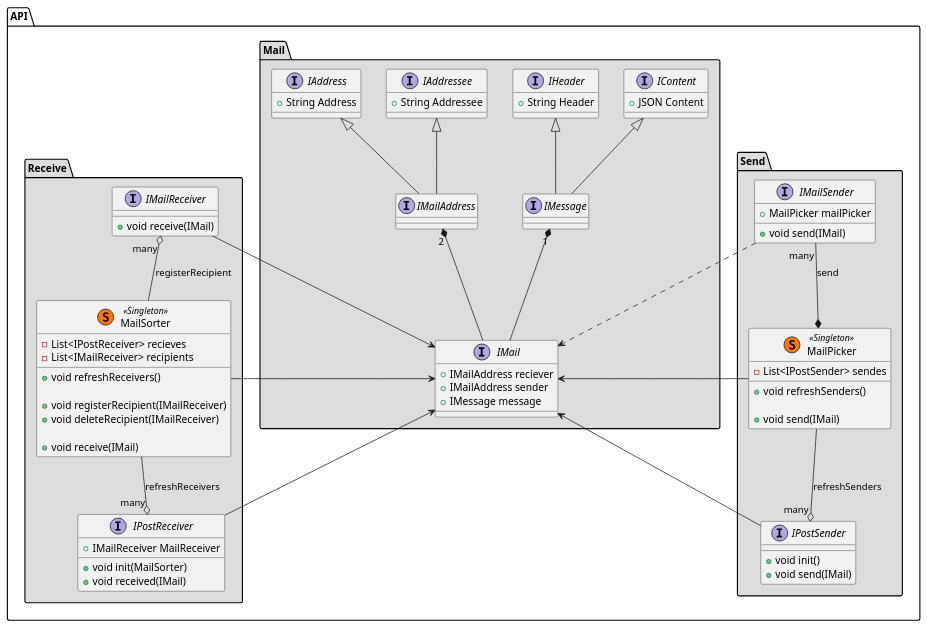
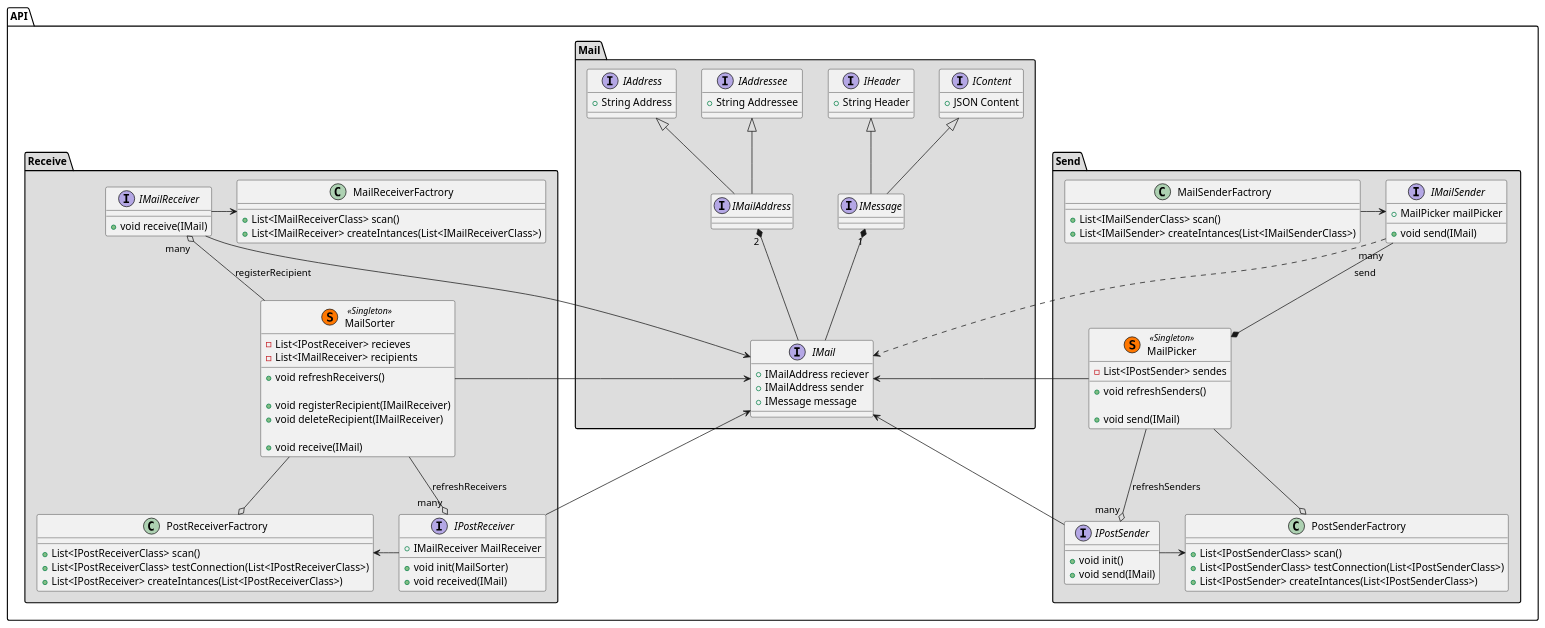
One commit to DenisGeek/soerbot changed the diagram in src/API/Diagram/API.Core.Diagram.puml. Above: the diagram before and after it, drawn with PlantUML.

Commit message:
Added Factories of Classes :
namespace API.Send
 - MailSenderFactrory for IMailSender
 - PostSenderFactrory for IPostSender

namespace API.Receive
 - MailReceiverFactrory for IMailReceiver
 - PostReceiverFactrory for IPostReceiver

```diff
--- a/src/API/Diagram/API.Core.Diagram.puml
+++ b/src/API/Diagram/API.Core.Diagram.puml
@@ -1,121 +1,149 @@
 @startuml
 scale 1
 ' skinparam classAttributeIconSize 0
 
 namespace API.Mail #DDDDDD {
     IMailAddress "2" *-- IMail
     IMessage "1" *-- IMail
 
     IContent <|-- IMessage
     IHeader <|-- IMessage
     IAddressee <|-- IMailAddress
     IAddress <|-- IMailAddress
 
     interface IAddress
     {
         + String Address 
     }
     interface IAddressee
     {
         + String Addressee
     } 
 
     interface IMailAddress
     {
     }
 
     interface IHeader
     {
         + String Header 
     }
     interface IContent
     {
         + JSON Content
     }
     interface IMessage
     {
     }
     interface IMail
     {
         + IMailAddress reciever
         + IMailAddress sender
         + IMessage message
     }
 }
 
 namespace API.Send #DDDDDD {
     interface IMailSender
     {
         + MailPicker mailPicker
         + void send(IMail)
     }
     class MailPicker << (S,#FF7700) Singleton >>
     {
         - List<IPostSender> sendes
         + void refreshSenders()
 
         + void send(IMail)
     }
     interface IPostSender
     {
         + void init()
         + void send(IMail)
     }
+    class MailSenderFactrory
+    {
+        + List<IMailSenderClass> scan()
+        + List<IMailSender> createIntances(List<IMailSenderClass>)
+    }
+    class PostSenderFactrory
+    {
+        + List<IPostSenderClass> scan()
+        + List<IPostSenderClass> testConnection(List<IPostSenderClass>)
+        + List<IPostSender> createIntances(List<IPostSenderClass>)
+    }
 
+    MailSenderFactrory -> IMailSender
     IMailSender ..> API.Mail.IMail
     IMailSender "many" --* MailPicker :send
     MailPicker --> API.Mail.IMail
+    MailPicker --o PostSenderFactrory
     MailPicker --o "many" IPostSender :refreshSenders
     API.Mail.IMail <-- IPostSender
+    IPostSender -> PostSenderFactrory
 }
 
 
 namespace API.Receive #DDDDDD {
     interface IMailReceiver
     {
         + void receive(IMail)
     }
     class MailSorter << (S,#FF7700) Singleton >>
     {
         - List<IPostReceiver> recieves
         - List<IMailReceiver> recipients
         + void refreshReceivers()
  
         + void registerRecipient(IMailReceiver)
         + void deleteRecipient(IMailReceiver)
 
        + void receive(IMail)
     }
     interface IPostReceiver
     {
         + IMailReceiver MailReceiver
         + void init(MailSorter)
         + void received(IMail)
     }
+    class MailReceiverFactrory
+    {
+        + List<IMailReceiverClass> scan()
+        + List<IMailReceiver> createIntances(List<IMailReceiverClass>)
+    }
+    class PostReceiverFactrory
+    {
+        + List<IPostReceiverClass> scan()
+        + List<IPostReceiverClass> testConnection(List<IPostReceiverClass>)
+        + List<IPostReceiver> createIntances(List<IPostReceiverClass>)
+    }
 
+    IMailReceiver -> MailReceiverFactrory
     IMailReceiver --> API.Mail.IMail
     IMailReceiver "many" o-- MailSorter : registerRecipient
     MailSorter --> API.Mail.IMail
+    MailSorter --o PostReceiverFactrory
     MailSorter --o "many" IPostReceiver : refreshReceivers
     API.Mail.IMail <-- IPostReceiver
+    IPostReceiver -> PostReceiverFactrory
 }
 
 
 
 
 
 
 
 ' interface IMailHandler
 ' {
 ' }
 ' IMailHandler <|-- IMailReceiver
 ' IMailHandler <|-- IMailSender
 
 ' interface IPostHandler
 ' {
 ' }
 ' IPostReceiver --|> IPostHandler
 ' IPostSender  --|> IPostHandler
 
 @enduml
```
